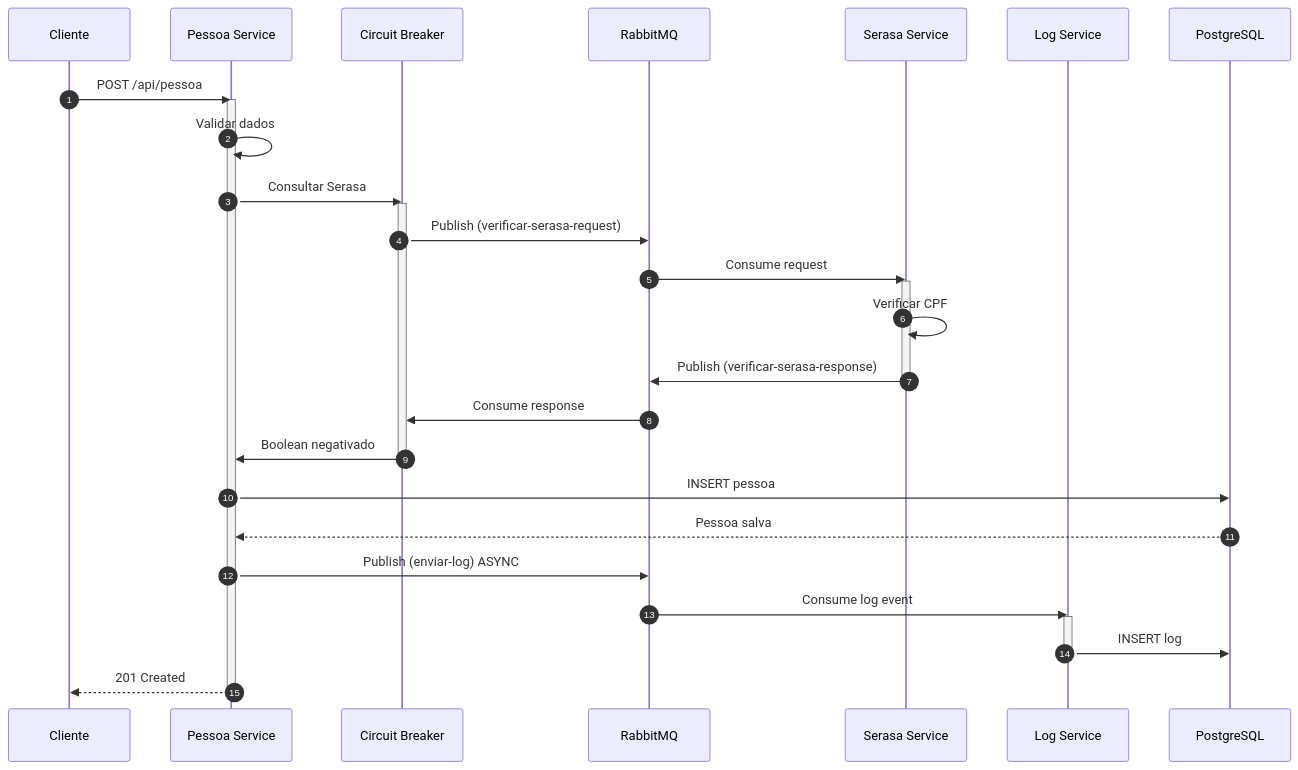
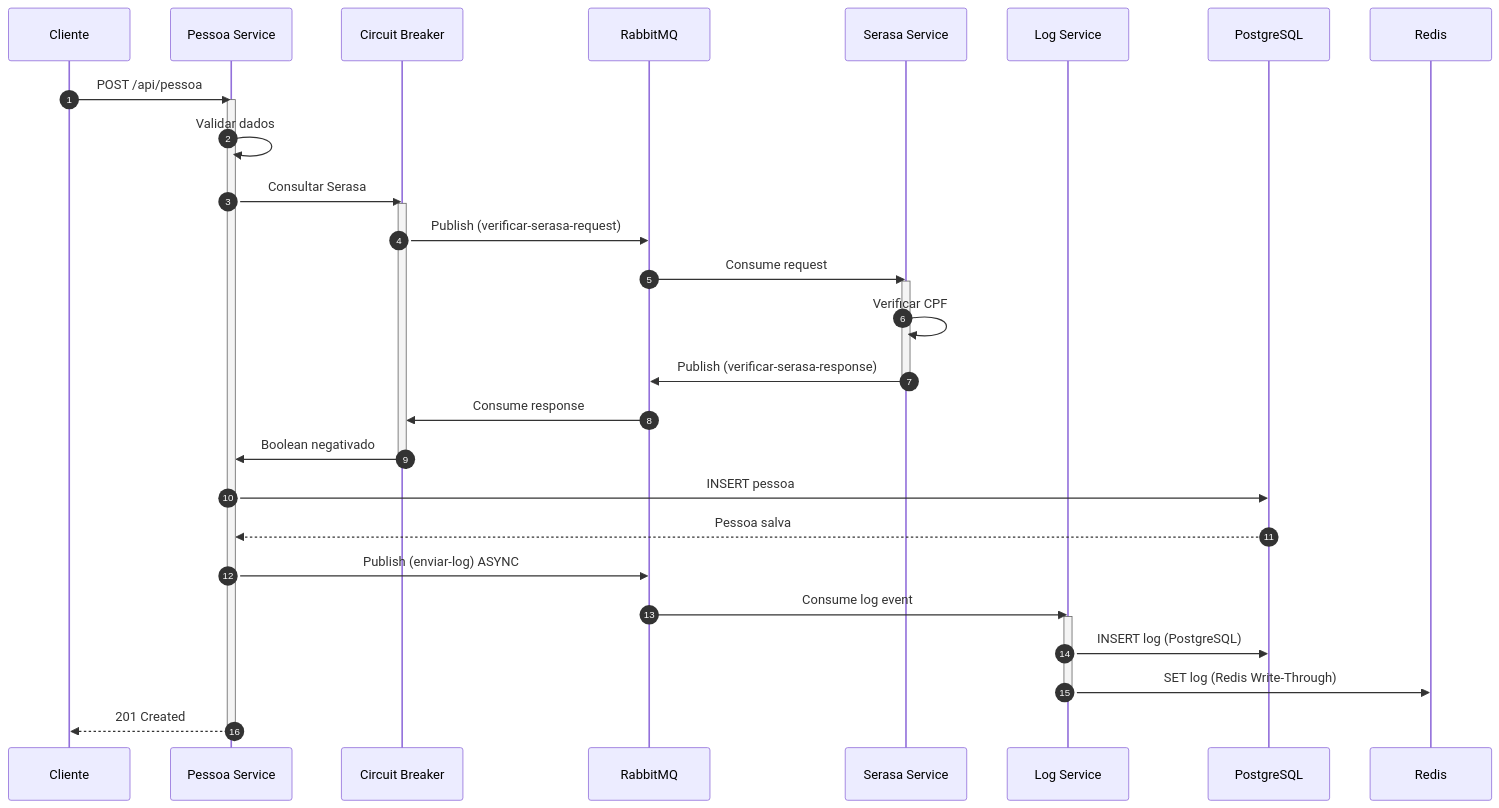
Before and after one commit to Hunkjf2/springboot-rabbitMQ-redis: the third of 5 diagrams in README.md, drawn with Mermaid. The commit also changed other lines of this file, not shown here.

Commit message:
implementação do redis

````diff
--- a/README.md
+++ b/README.md
@@ -434,40 +532,42 @@
 ```mermaid
 sequenceDiagram
     autonumber
     participant C as Cliente
     participant P as Pessoa Service
     participant CB as Circuit Breaker
     participant RQ as RabbitMQ
     participant S as Serasa Service
     participant L as Log Service
     participant DB as PostgreSQL
+    participant R as Redis
 
     C->>P: POST /api/pessoa
     activate P
     
     P->>P: Validar dados
     
     P->>CB: Consultar Serasa
     activate CB
     CB->>RQ: Publish (verificar-serasa-request)
     RQ->>S: Consume request
     activate S
     S->>S: Verificar CPF
     S->>RQ: Publish (verificar-serasa-response)
     deactivate S
     RQ->>CB: Consume response
     CB->>P: Boolean negativado
     deactivate CB
     
     P->>DB: INSERT pessoa
     DB-->>P: Pessoa salva
     
     P->>RQ: Publish (enviar-log) ASYNC
     RQ->>L: Consume log event
     activate L
-    L->>DB: INSERT log
+    L->>DB: INSERT log (PostgreSQL)
+    L->>R: SET log (Redis Write-Through)
     deactivate L
     
     P-->>C: 201 Created
     deactivate P
 ```
````
